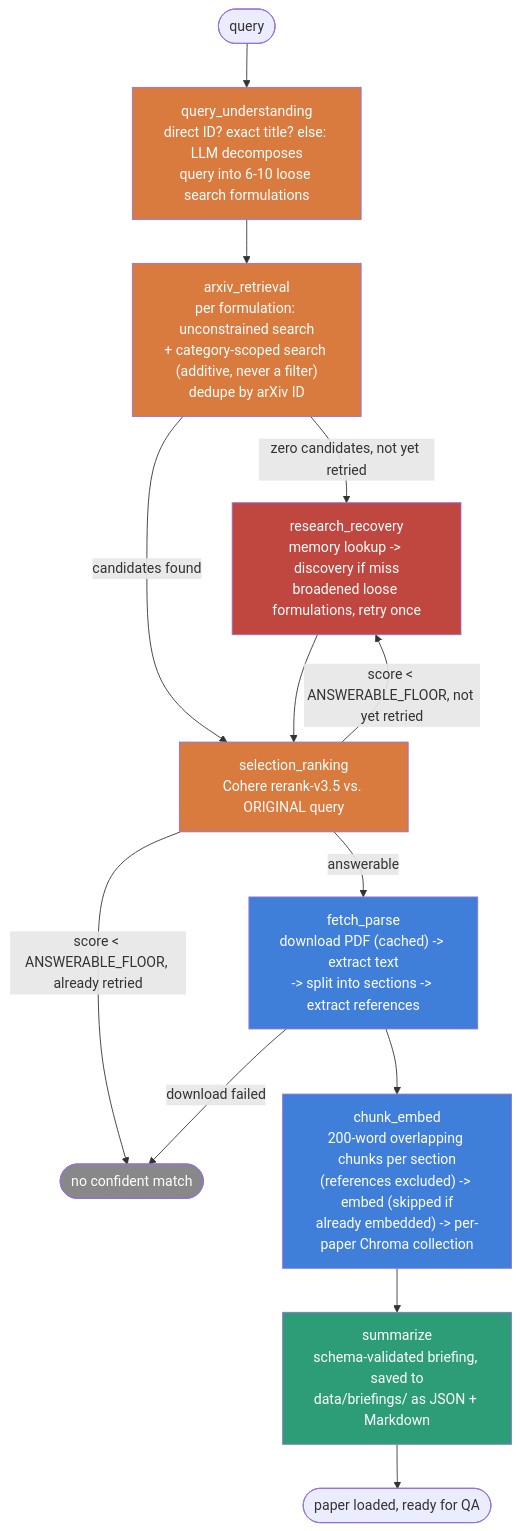
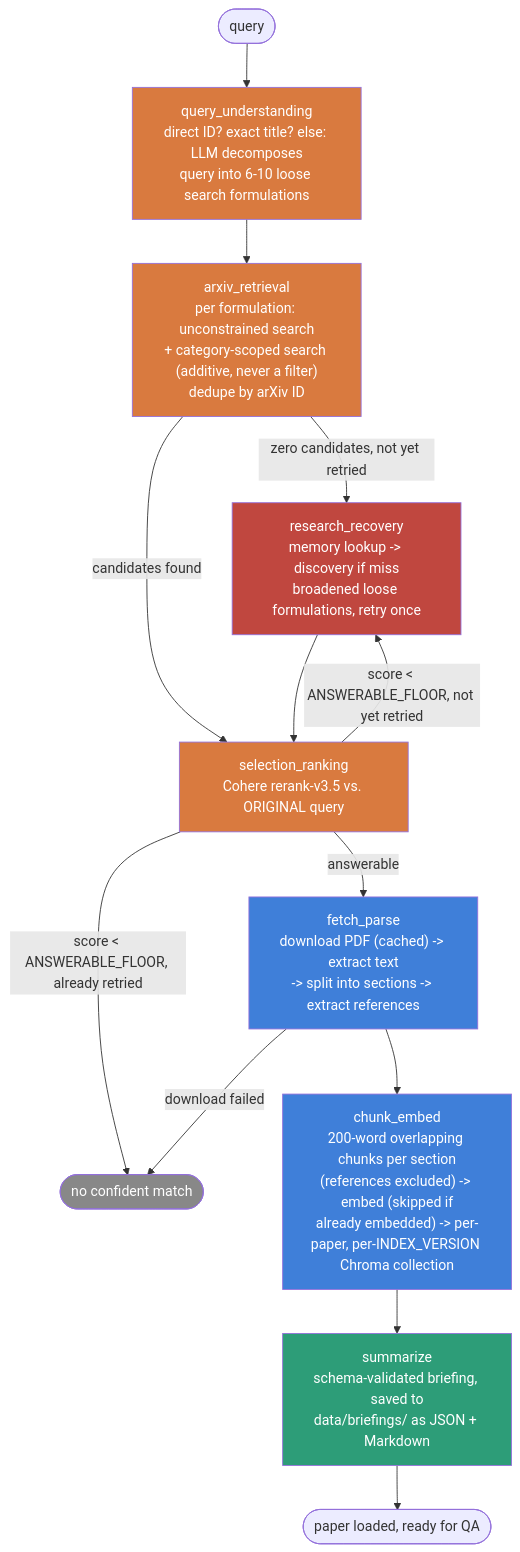
Before and after one commit to aarthoms/re-search-it: the second of 5 diagrams in README.md, drawn with Mermaid. The commit also changed other lines of this file and 16 other files, not shown here.

````diff
--- a/README.md
+++ b/README.md
@@ -59,27 +59,27 @@
 ```mermaid
 flowchart TD
     START(["query"]) --> QU["query_understanding\ndirect ID? exact title? else: LLM decomposes\nquery into 6-10 loose search formulations"]
     QU --> AR["arxiv_retrieval\nper formulation: unconstrained search\n+ category-scoped search (additive, never a filter)\ndedupe by arXiv ID"]
 
     AR -->|zero candidates, not yet retried| REC["research_recovery\nmemory lookup -> discovery if miss\nbroadened loose formulations, retry once"]
     AR -->|candidates found| SR["selection_ranking\nCohere rerank-v3.5 vs. ORIGINAL query"]
     REC --> SR
 
     SR -->|score < ANSWERABLE_FLOOR, not yet retried| REC
     SR -->|score < ANSWERABLE_FLOOR, already retried| FAIL(["no confident match"])
     SR -->|answerable| FP["fetch_parse\ndownload PDF (cached) -> extract text\n-> split into sections -> extract references"]
 
     FP -->|download failed| FAIL
-    FP --> CE["chunk_embed\n200-word overlapping chunks per section\n(references excluded) -> embed (skipped if\nalready embedded) -> per-paper Chroma collection"]
+    FP --> CE["chunk_embed\n200-word overlapping chunks per section\n(references excluded) -> embed (skipped if\nalready embedded) -> per-paper, per-INDEX_VERSION Chroma collection"]
     CE --> SUM["summarize\nschema-validated briefing, saved to\ndata/briefings/ as JSON + Markdown"]
     SUM --> DONE(["paper loaded, ready for QA"])
 
     style QU fill:#d97a3f,color:#fff
     style AR fill:#d97a3f,color:#fff
     style REC fill:#c0473f,color:#fff
     style SR fill:#d97a3f,color:#fff
     style FP fill:#3f7fd9,color:#fff
     style CE fill:#3f7fd9,color:#fff
     style SUM fill:#2d9d78,color:#fff
     style FAIL fill:#888,color:#fff
 ```
````
